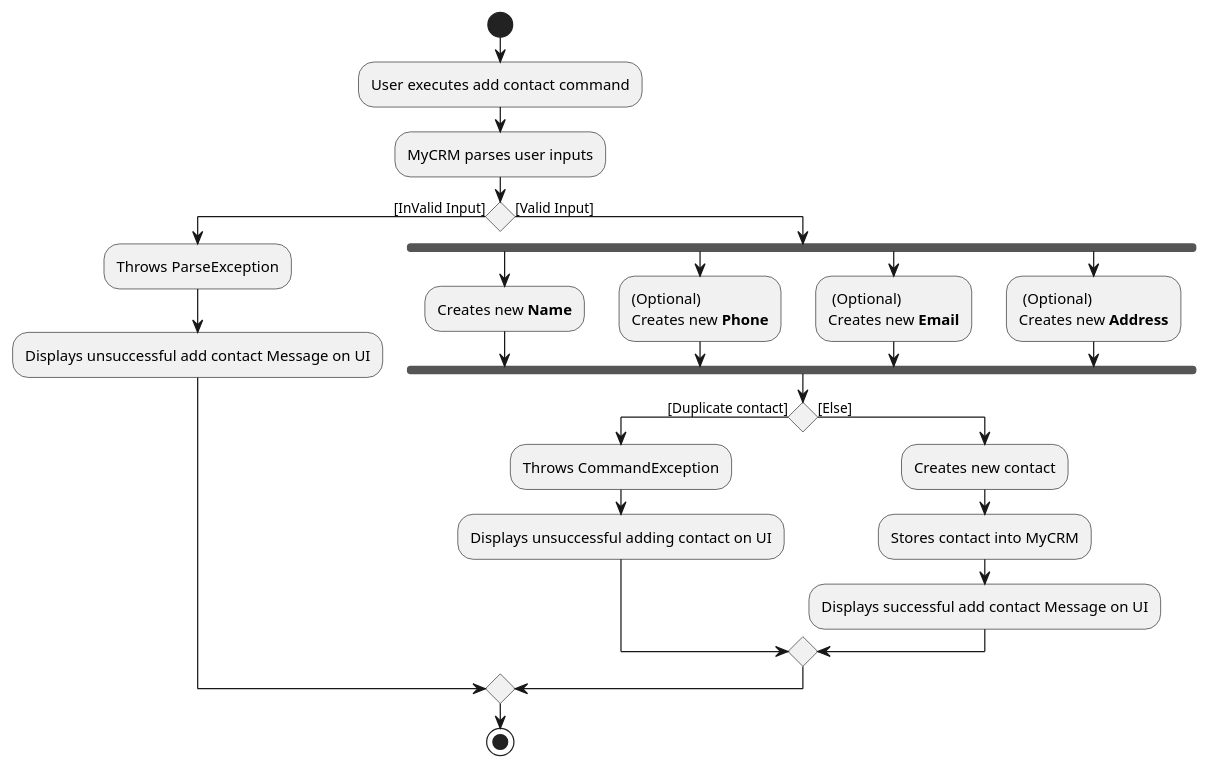
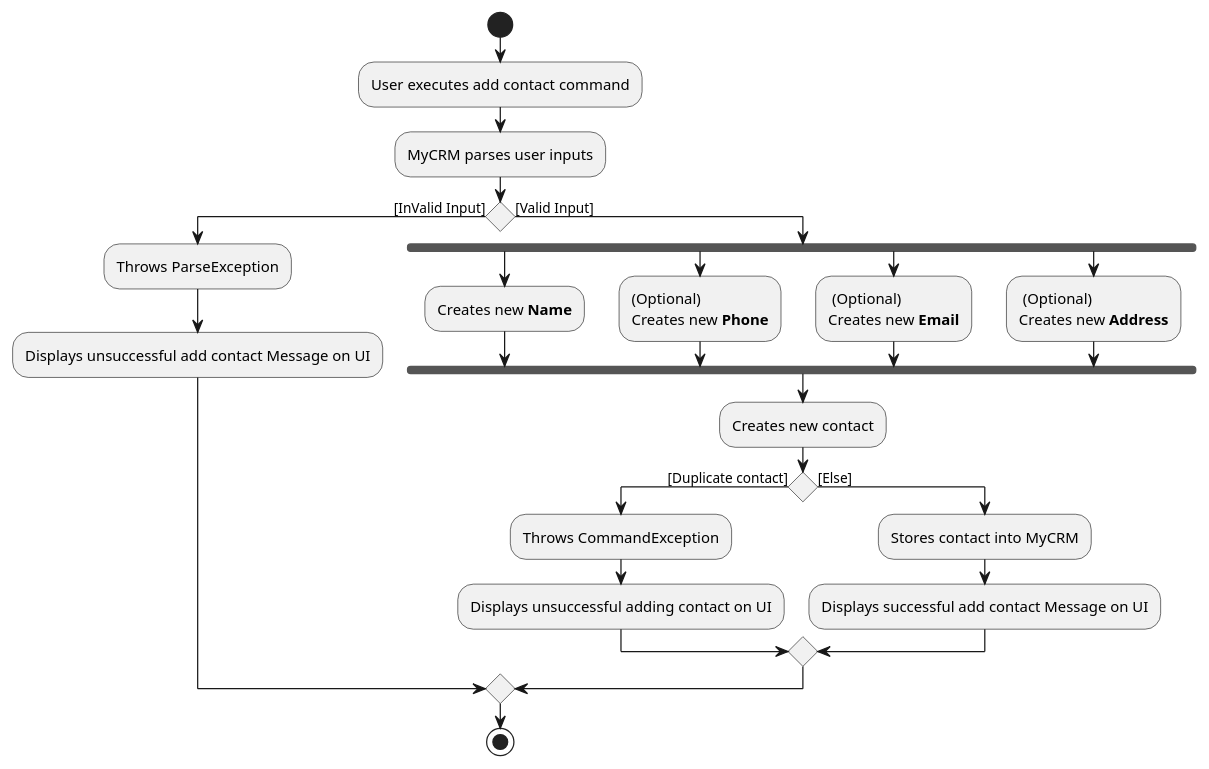
One commit to ooawagaeri/tp changed the diagram in docs/diagrams/contact/AddContactActivityDiagram.puml. Above: the diagram before and after it, drawn with PlantUML. The commit also changed 9 other files, not shown here.

Commit message:
Add link to diagrams

```diff
--- a/docs/diagrams/contact/AddContactActivityDiagram.puml
+++ b/docs/diagrams/contact/AddContactActivityDiagram.puml
@@ -1,31 +1,31 @@
 @startuml
 start
 :User executes add contact command;
 :MyCRM parses user inputs;
 if() then ([InValid Input])
     :Throws ParseException;
     :Displays unsuccessful add contact Message on UI;
 else ([Valid Input])
     fork
     :Creates new **Name**;
     fork again
     :(Optional)
     Creates new **Phone**;
     fork again
     : (Optional)
     Creates new **Email**;
     fork again
     : (Optional)
     Creates new **Address**;
     end fork
+    :Creates new contact;
     if () then ([Duplicate contact])
-            :Throws CommandException;
-            :Displays unsuccessful adding contact on UI;
-        else ([Else])
-    :Creates new contact;
+      :Throws CommandException;
+      :Displays unsuccessful adding contact on UI;
+    else ([Else])
     :Stores contact into MyCRM;
     :Displays successful add contact Message on UI;
     endif
 endif;
 stop
 @enduml
```
